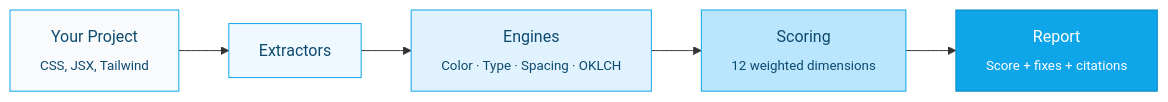
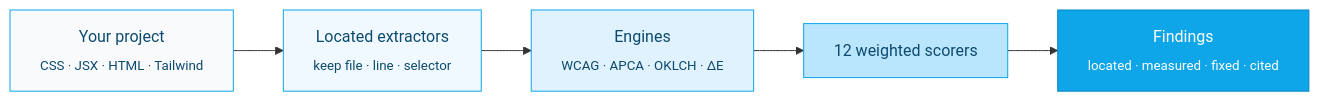
One commit to Aboudjem/ui-ux-suite changed the diagram in README.md. Above: the diagram before and after it, drawn with Mermaid. The commit also changed other lines of this file and 18 other files, not shown here.

Commit message:
feat: HTML report (dark, self-contained), deep-mode browser-weave + zero-dep screenshot annotation, expanded test suite (locator/contrast/located-audit/regression-gate/CLI), README rewrite + AGENTS.md + llms.txt + CHANGELOG v0.4.0, marketplace validate fix, drop legacy manifest.json

````diff
--- a/README.md
+++ b/README.md
@@ -340,13 +223,12 @@
 ```mermaid
 graph LR
-    A["Your Project<br/><sub>CSS, JSX, Tailwind</sub>"] --> B["Extractors"]
-    B --> C["Engines<br/><sub>Color · Type · Spacing · OKLCH</sub>"]
-    C --> D["Scoring<br/><sub>12 weighted dimensions</sub>"]
-    D --> E["Report<br/><sub>Score + fixes + citations</sub>"]
-
+    A["Your project<br/><sub>CSS · JSX · HTML · Tailwind</sub>"] --> B["Located extractors<br/><sub>keep file · line · selector</sub>"]
+    B --> C["Engines<br/><sub>WCAG · APCA · OKLCH · ΔE</sub>"]
+    C --> D["12 weighted scorers"]
+    D --> E["Findings<br/><sub>located · measured · fixed · cited</sub>"]
     style A fill:#f8fafc,stroke:#0ea5e9,color:#0c4a6e
     style B fill:#f0f9ff,stroke:#0ea5e9,color:#0c4a6e
     style C fill:#e0f2fe,stroke:#0ea5e9,color:#0c4a6e
     style D fill:#bae6fd,stroke:#0ea5e9,color:#0c4a6e
     style E fill:#0ea5e9,stroke:#0284c7,color:#ffffff
 ```
````
